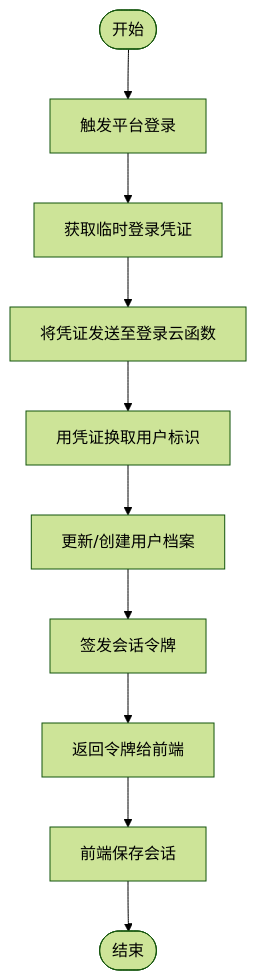
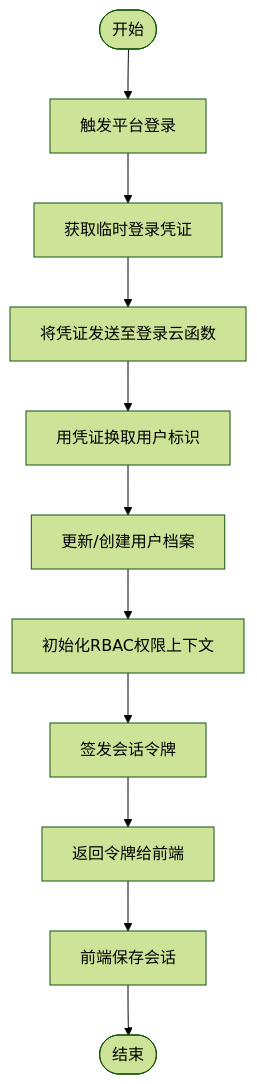
One commit to cwb7756/bio changed the third of 6 diagrams in .qoder/repowiki/zh/content/架构设计/安全架构设计.md. Above: the diagram before and after it, drawn with Mermaid (forest theme). The commit also changed other lines of this file and 14 other files, not shown here.

First line of the commit message:
feat(knowledgeMap): 增强知识图谱功能，新增种子数据生成器

````diff
--- a/.qoder/repowiki/zh/content/架构设计/安全架构设计.md
+++ b/.qoder/repowiki/zh/content/架构设计/安全架构设计.md
@@ -110,12 +147,13 @@
 ```mermaid
 flowchart TD
 Start(["开始"]) --> TriggerLogin["触发平台登录"]
 TriggerLogin --> GetTempCode["获取临时登录凭证"]
 GetTempCode --> SendToServer["将凭证发送至登录云函数"]
 SendToServer --> ExchangeUser["用凭证换取用户标识"]
 ExchangeUser --> UpdateProfile["更新/创建用户档案"]
-UpdateProfile --> IssueToken["签发会话令牌"]
+UpdateProfile --> InitRBAC["初始化RBAC权限上下文"]
+InitRBAC --> IssueToken["签发会话令牌"]
 IssueToken --> ReturnToken["返回令牌给前端"]
 ReturnToken --> SaveSession["前端保存会话"]
 SaveSession --> End(["结束"])
 ```
````
